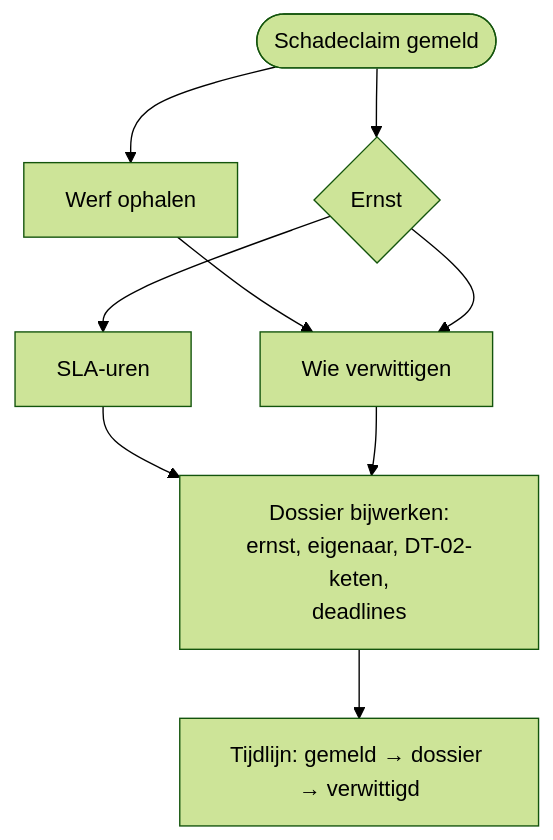
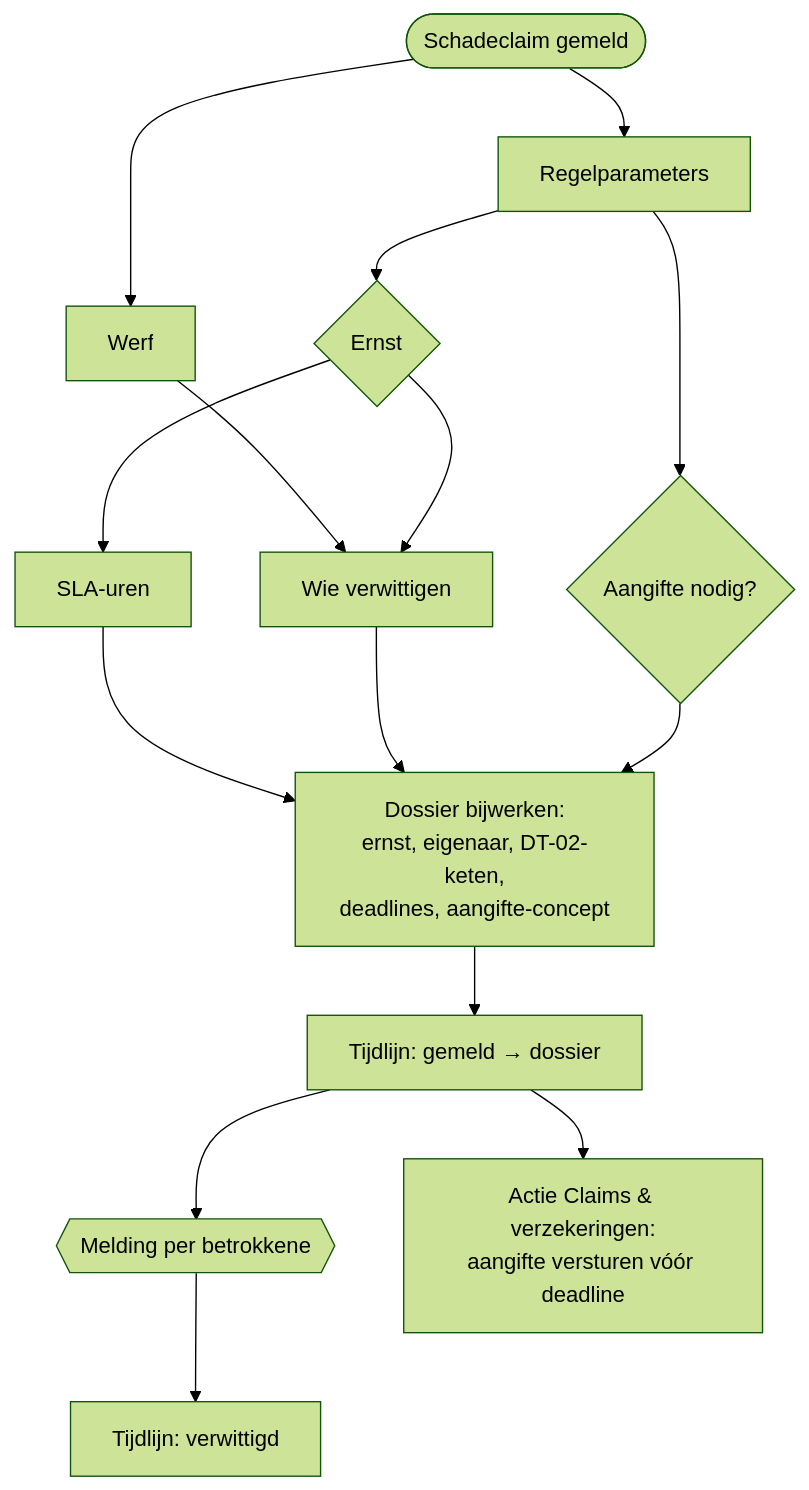
One commit to phlppgdfry/construction-digital-transformation changed the diagram in power-platform/flows/HV-CL-01.md. Above: the diagram before and after it, drawn with Mermaid (forest theme). The commit also changed other lines of this file and 109 other files, not shown here.

````diff
--- a/power-platform/flows/HV-CL-01.md
+++ b/power-platform/flows/HV-CL-01.md
@@ -37,11 +42,14 @@
 ```mermaid
 flowchart TD
-  T([Schadeclaim gemeld]) --> W[Werf ophalen]
-  T --> E{Ernst}
-  E --> S[SLA-uren]
+  T([Schadeclaim gemeld]) --> P[Regelparameters] & W[Werf]
+  P --> E{Ernst} --> S[SLA-uren]
+  P --> A{Aangifte nodig?}
   W --> V[Wie verwittigen]
   E --> V
-  S --> D[Dossier bijwerken:<br/>ernst, eigenaar, DT-02-keten,<br/>deadlines]
+  S --> D[Dossier bijwerken:<br/>ernst, eigenaar, DT-02-keten,<br/>deadlines, aangifte-concept]
   V --> D
-  D --> TL[Tijdlijn: gemeld → dossier → verwittigd]
+  A --> D
+  D --> TL[Tijdlijn: gemeld → dossier]
+  TL --> M{{Melding per betrokkene}} --> TV[Tijdlijn: verwittigd]
+  TL --> AG[Actie Claims & verzekeringen:<br/>aangifte versturen vóór deadline]
 ```
````
